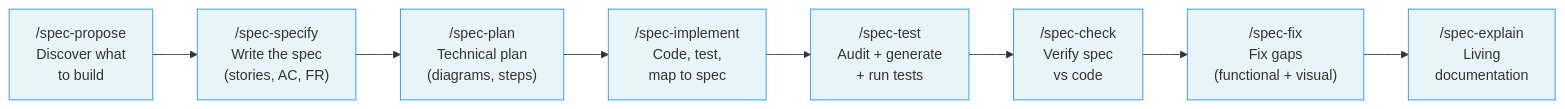
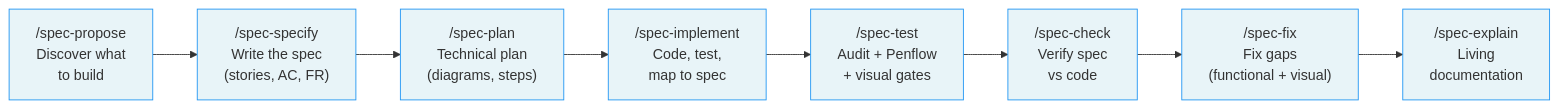
One commit to julien-m/livespec changed the first of 2 diagrams in README.md. Above: the diagram before and after it, drawn with Mermaid. The commit also changed other lines of this file and 28 other files, not shown here.

````diff
--- a/README.md
+++ b/README.md
@@ -38,19 +39,19 @@
 ```mermaid
 flowchart LR
     P["/spec-propose\nDiscover what\nto build"] --> S["/spec-specify\nWrite the spec\n(stories, AC, FR)"]
     S --> PL["/spec-plan\nTechnical plan\n(diagrams, steps)"]
     PL --> I["/spec-implement\nCode, test,\nmap to spec"]
-    I --> T["/spec-test\nAudit + generate\n+ run tests"]
+    I --> T["/spec-test\nAudit + Penflow\n+ visual gates"]
     T --> C["/spec-check\nVerify spec\nvs code"]
     C --> F["/spec-fix\nFix gaps\n(functional + visual)"]
     F --> E["/spec-explain\nLiving\ndocumentation"]
 
     style P fill:#e8f4f8,stroke:#2196F3
     style S fill:#e8f4f8,stroke:#2196F3
     style PL fill:#e8f4f8,stroke:#2196F3
     style I fill:#e8f4f8,stroke:#2196F3
     style T fill:#e8f4f8,stroke:#2196F3
     style C fill:#e8f4f8,stroke:#2196F3
     style F fill:#e8f4f8,stroke:#2196F3
     style E fill:#e8f4f8,stroke:#2196F3
 ```
````
